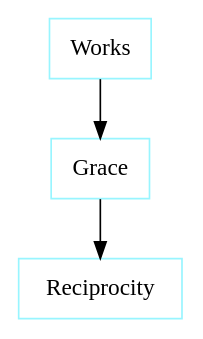
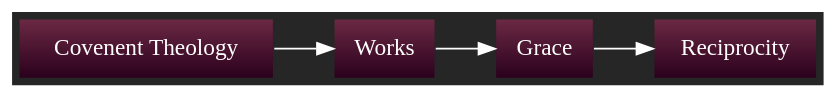
The diagram in graphs/Covenent_Theology.dot (julianfl0w/Deism), drawn with Graphviz before and after one commit. The commit also changed 19 other files, not shown here.

```diff
--- a/graphs/Covenent_Theology.dot
+++ b/graphs/Covenent_Theology.dot
@@ -1,7 +1,15 @@
 digraph D {
-"Works" [shape=box, color = cadetblue1]
-"Grace" [shape=box, color = cadetblue1]
-"Reciprocity" [shape=box, color = cadetblue1]
-"Grace" -> "Reciprocity" [penwidth=1]
-"Works" -> "Grace" [penwidth=1]
+rankdir = LR
+style = filled
+color = lightgrey
+bgcolor = "#262626"
+fillcolor = "darkgray:gold"
+gradientangle = 0
+"Covenent Theology" [shape=box, color="#262626", fontcolor=white, fillcolor="#6C2944:#29001C", style=filled, gradientangle=270.05]
+"Works" [shape=box, color="#262626", fontcolor=white, fillcolor="#6C2944:#29001C", style=filled, gradientangle=270.05]
+"Covenent Theology" -> "Works" [color=white, penwidth=1]
+"Grace" [shape=box, color="#262626", fontcolor=white, fillcolor="#6C2944:#29001C", style=filled, gradientangle=270.05]
+"Works" -> "Grace" [color=white, penwidth=1]
+"Reciprocity" [shape=box, color="#262626", fontcolor=white, fillcolor="#6C2944:#29001C", style=filled, gradientangle=270.05]
+"Grace" -> "Reciprocity" [color=white, penwidth=1]
 }
```
